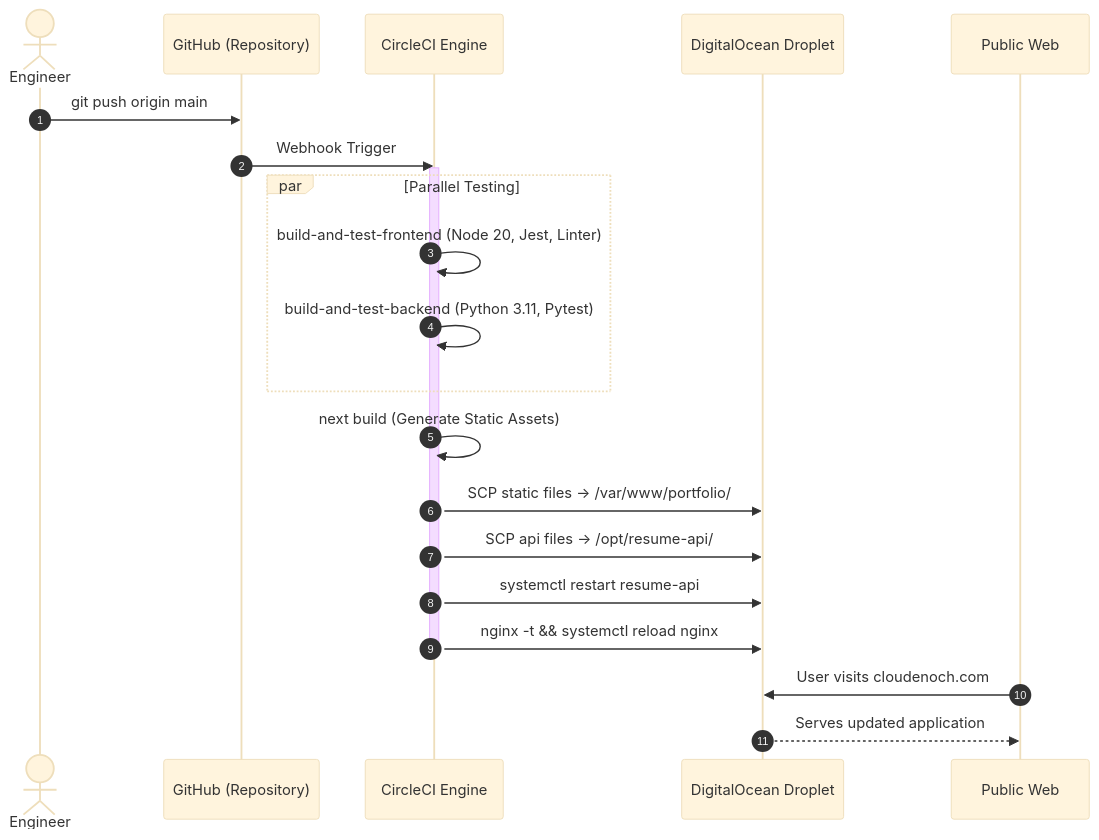
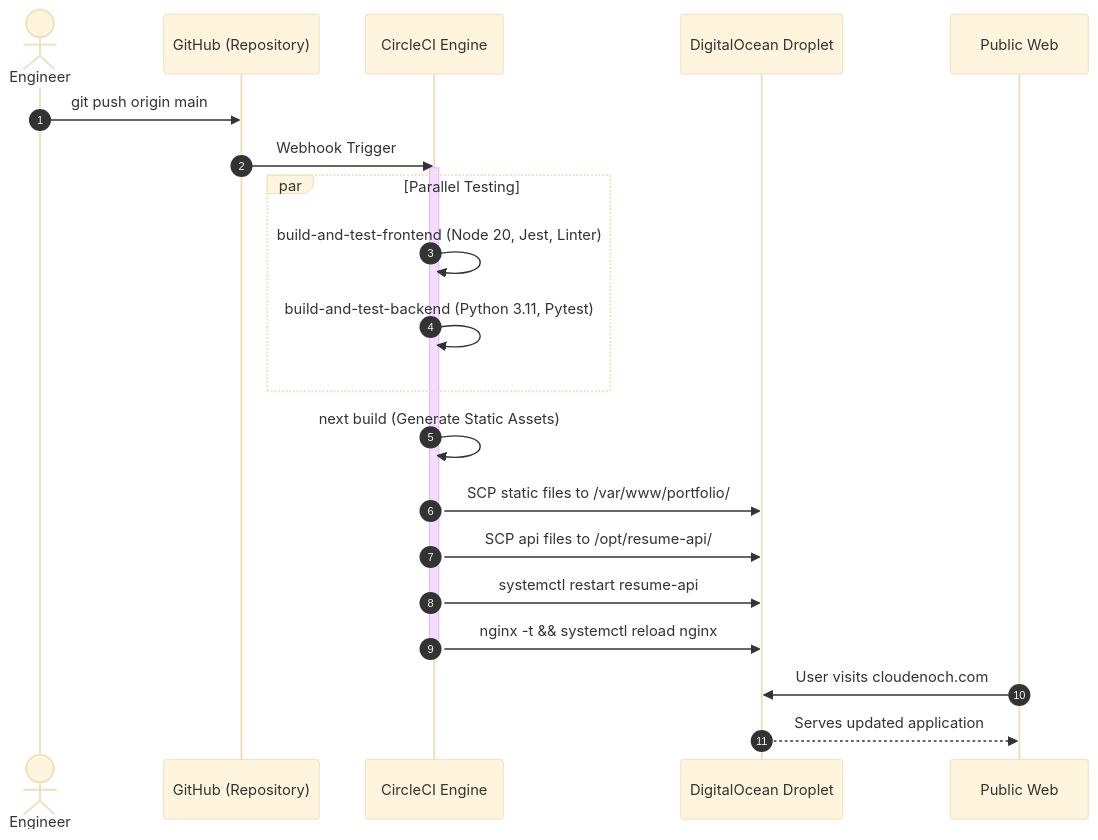
The diagram in docs/architecture.md (cloudenochcsis/cloudresume), drawn with Mermaid (base theme) before and after one commit. The commit also changed 1 other file, not shown here.

Commit message:
fix: resolve Mermaid diagram syntax for GitHub markdown rendering

````diff
--- a/docs/architecture.md
+++ b/docs/architecture.md
@@ -80,25 +80,25 @@
 ```mermaid
 sequenceDiagram
     autonumber
     actor Dev as Engineer
     participant GH as GitHub (Repository)
     participant CCI as CircleCI Engine
     participant Srv as DigitalOcean Droplet
     participant Web as Public Web
 
     Dev->>GH: git push origin main
     GH->>CCI: Webhook Trigger
     activate CCI
     par Parallel Testing
         CCI->>CCI: build-and-test-frontend (Node 20, Jest, Linter)
         CCI->>CCI: build-and-test-backend (Python 3.11, Pytest)
     end
     CCI->>CCI: next build (Generate Static Assets)
-    CCI->>Srv: SCP static files -> /var/www/portfolio/
-    CCI->>Srv: SCP api files -> /opt/resume-api/
+    CCI->>Srv: SCP static files to /var/www/portfolio/
+    CCI->>Srv: SCP api files to /opt/resume-api/
     CCI->>Srv: systemctl restart resume-api
     CCI->>Srv: nginx -t && systemctl reload nginx
     deactivate CCI
     Web->>Srv: User visits cloudenoch.com
     Srv-->>Web: Serves updated application
 ```
````
